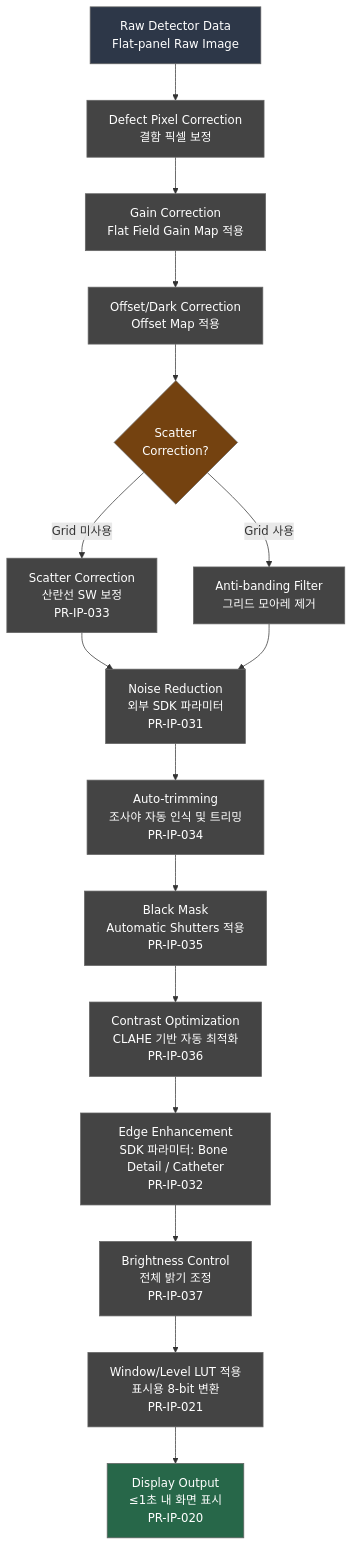
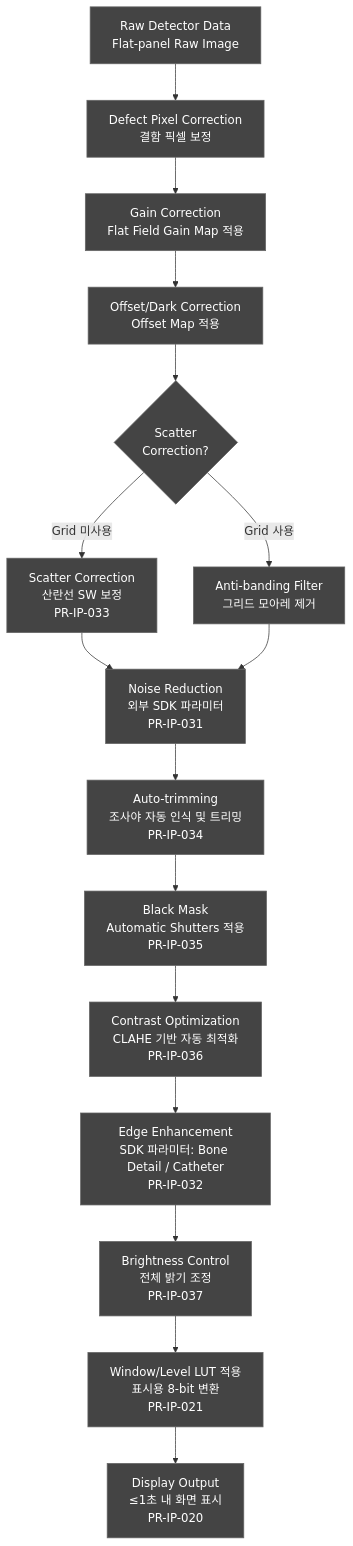
Before and after one commit to holee9/console-gui: the fifth of 16 diagrams in docs/planning/DOC-002_PRD_v2.0.md, drawn with Mermaid. The commit also changed other lines of this file and 35 other files, not shown here.

First line of the commit message:
fix: 전체 Mermaid 차트 색상 진한 회색 통일

````diff
--- a/docs/planning/DOC-002_PRD_v2.0.md
+++ b/docs/planning/DOC-002_PRD_v2.0.md
@@ -499,23 +499,23 @@
 ```mermaid
 flowchart TD
     classDef default fill:#444,stroke:#666,color:#fff
     A[Raw Detector Data\nFlat-panel Raw Image] --> B[Defect Pixel Correction\n결함 픽셀 보정]
     B --> C[Gain Correction\nFlat Field Gain Map 적용]
     C --> D[Offset/Dark Correction\nOffset Map 적용]
     D --> E{Scatter\nCorrection?}
     E -- Grid 미사용 --> F[Scatter Correction\n산란선 SW 보정\nPR-IP-033]
     E -- Grid 사용 --> G[Anti-banding Filter\n그리드 모아레 제거]
     F --> H[Noise Reduction\n외부 SDK 파라미터\nPR-IP-031]
     G --> H
     H --> I[Auto-trimming\n조사야 자동 인식 및 트리밍\nPR-IP-034]
     I --> J[Black Mask\nAutomatic Shutters 적용\nPR-IP-035]
     J --> K[Contrast Optimization\nCLAHE 기반 자동 최적화\nPR-IP-036]
     K --> L[Edge Enhancement\nSDK 파라미터: Bone Detail / Catheter\nPR-IP-032]
     L --> M[Brightness Control\n전체 밝기 조정\nPR-IP-037]
     M --> N[Window/Level LUT 적용\n표시용 8-bit 변환\nPR-IP-021]
     N --> O[Display Output\n≤1초 내 화면 표시\nPR-IP-020]
 
-    style A fill:#2d3748,color:#fff
-    style O fill:#276749,color:#fff
-    style E fill:#744210,color:#fff
+    style A fill:#444,color:#fff
+    style O fill:#444,color:#fff
+    style E fill:#444,color:#fff
 ```
````
